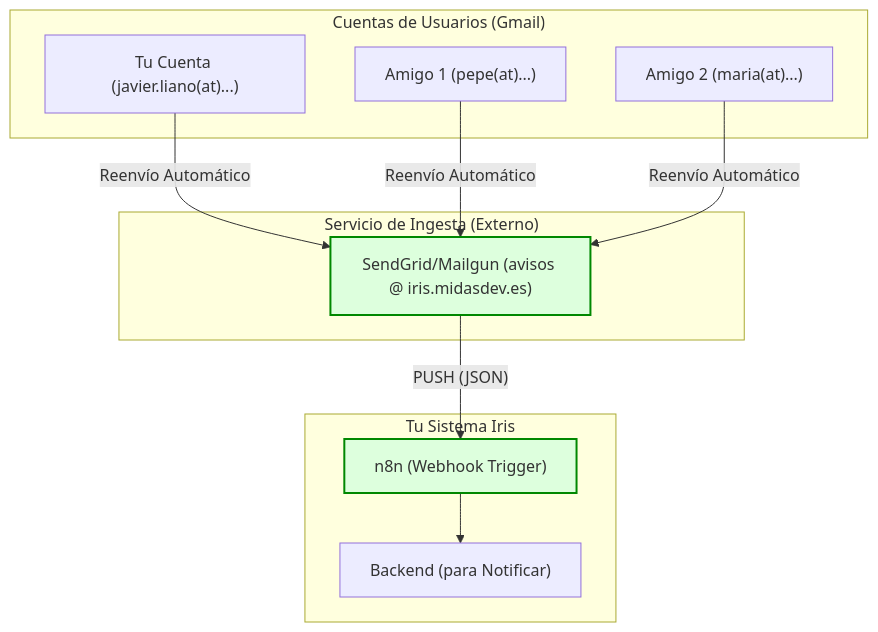
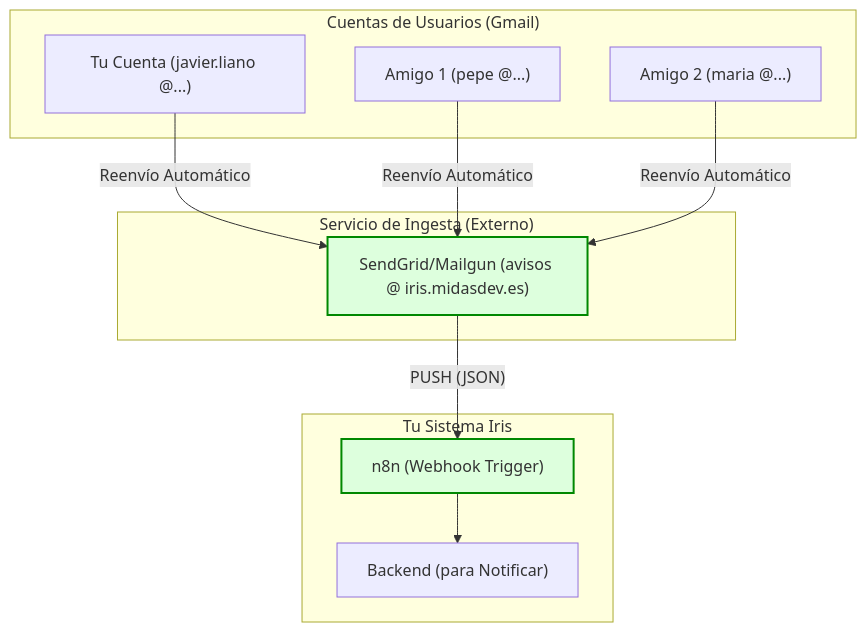
One commit to AlejandroDeLaRivaGarcia/Iris-Reto-006- changed the fourth of 4 diagrams in documentation/project/audit.md. Above: the diagram before and after it, drawn with Mermaid.

Commit message:
Fix formatting of email addresses in audit.md

````diff
--- a/documentation/project/audit.md
+++ b/documentation/project/audit.md
@@ -151,25 +151,25 @@
 ```mermaid
 graph TD
     subgraph "Cuentas de Usuarios (Gmail)"
-        Usuario_Tu["Tu Cuenta (javier.liano(at)...)"]
-        Usuario_Amigo1["Amigo 1 (pepe(at)...)"]
-        Usuario_Amigo2["Amigo 2 (maria(at)...)"]
+        Usuario_Tu["Tu Cuenta (javier.liano @...)"]
+        Usuario_Amigo1["Amigo 1 (pepe @...)"]
+        Usuario_Amigo2["Amigo 2 (maria @...)"]
     end
 
     subgraph "Servicio de Ingesta (Externo)"
         Ingesta["SendGrid/Mailgun (avisos @ iris.midasdev.es)"]
     end
 
     subgraph "Tu Sistema Iris"
         Webhook_n8n["n8n (Webhook Trigger)"]
         Webhook_n8n --> Backend["Backend (para Notificar)"]
     end
 
     Usuario_Tu -- "Reenvío Automático" --> Ingesta
     Usuario_Amigo1 -- "Reenvío Automático" --> Ingesta
     Usuario_Amigo2 -- "Reenvío Automático" --> Ingesta
     Ingesta -- "PUSH (JSON)" --> Webhook_n8n
 
     style Ingesta fill:#dfd,stroke:#080,stroke-width:2px
     style Webhook_n8n fill:#dfd,stroke:#080,stroke-width:2px
 ```
````
